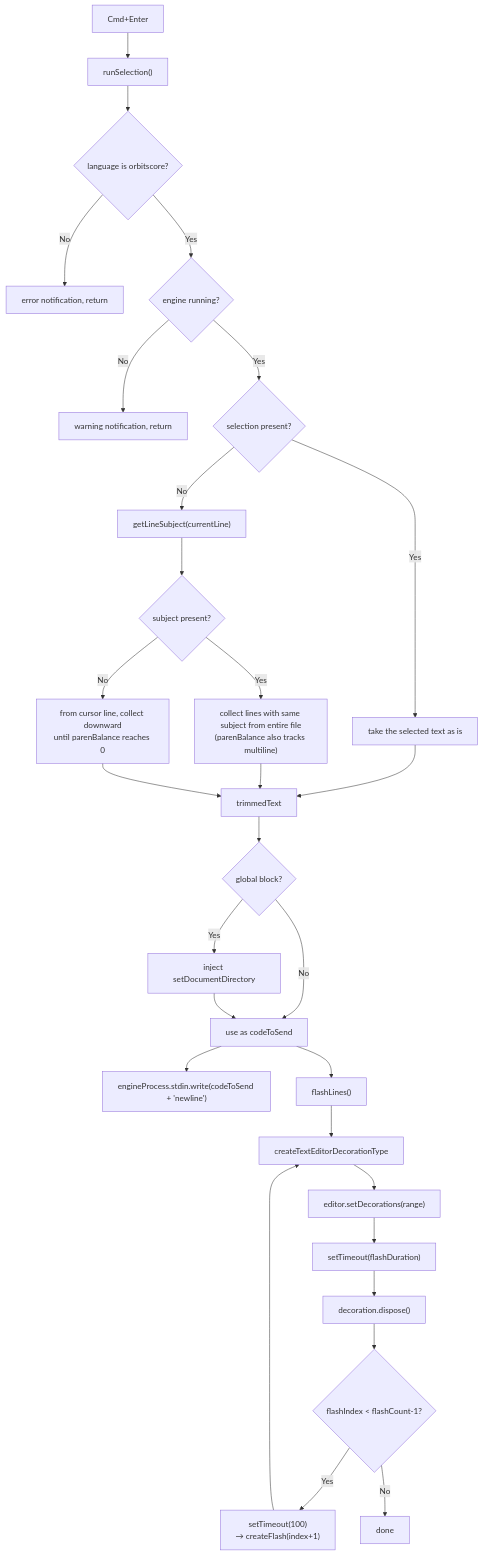
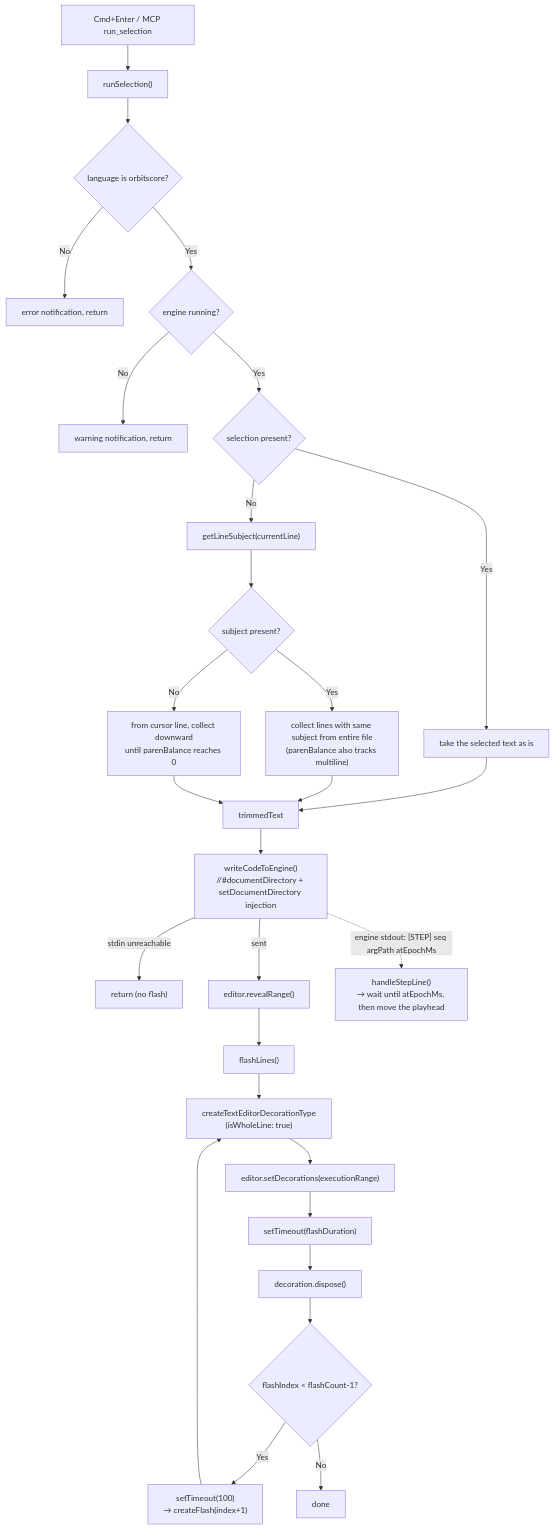
Before and after one commit to signalcompose/orbitscore: the diagram in sites/dev/en/editor/execution-feedback.md, drawn with Mermaid. The commit also changed other lines of this file and 6 other files, not shown here.

````diff
--- a/sites/dev/en/editor/execution-feedback.md
+++ b/sites/dev/en/editor/execution-feedback.md
@@ -457,37 +670,36 @@
 ```mermaid
 flowchart TD
-    A["Cmd+Enter"] --> B["runSelection()"]
+    A["Cmd+Enter / MCP run_selection"] --> B["runSelection()"]
     B --> C{language is orbitscore?}
     C -->|No| D["error notification, return"]
     C -->|Yes| E{engine running?}
     E -->|No| F["warning notification, return"]
     E -->|Yes| G{selection present?}
 
     G -->|Yes| H["take the selected text as is"]
     G -->|No| I["getLineSubject(currentLine)"]
 
     I --> J{subject present?}
     J -->|Yes| K["collect lines with same subject from entire file\n(parenBalance also tracks multiline)"]
     J -->|No| L["from cursor line, collect downward\nuntil parenBalance reaches 0"]
 
     H --> M["trimmedText"]
     K --> M
     L --> M
 
-    M --> N{global block?}
-    N -->|Yes| O["inject setDocumentDirectory"]
-    N -->|No| P["use as codeToSend"]
-    O --> P
+    M --> W["writeCodeToEngine()\n//#documentDirectory + setDocumentDirectory injection"]
+    W -->|"stdin unreachable"| WX["return (no flash)"]
+    W -->|"sent"| RV["editor.revealRange()"]
+    RV --> R["flashLines()"]
 
-    P --> Q["engineProcess.stdin.write(codeToSend + 'newline')"]
-    P --> R["flashLines()"]
-
-    R --> S["createTextEditorDecorationType"]
-    S --> T["editor.setDecorations(range)"]
+    R --> S["createTextEditorDecorationType\n(isWholeLine: true)"]
+    S --> T["editor.setDecorations(executionRange)"]
     T --> U["setTimeout(flashDuration)"]
     U --> V["decoration.dispose()"]
-    V --> W{flashIndex < flashCount-1?}
-    W -->|Yes| X["setTimeout(100)\n→ createFlash(index+1)"]
-    X --> S
-    W -->|No| Y["done"]
+    V --> X{flashIndex < flashCount-1?}
+    X -->|Yes| Y["setTimeout(100)\n→ createFlash(index+1)"]
+    Y --> S
+    X -->|No| Z["done"]
+
+    W -.->|"engine stdout: [STEP] seq argPath atEpochMs"| PH["handleStepLine()\n→ wait until atEpochMs, then move the playhead"]
 ```
````
